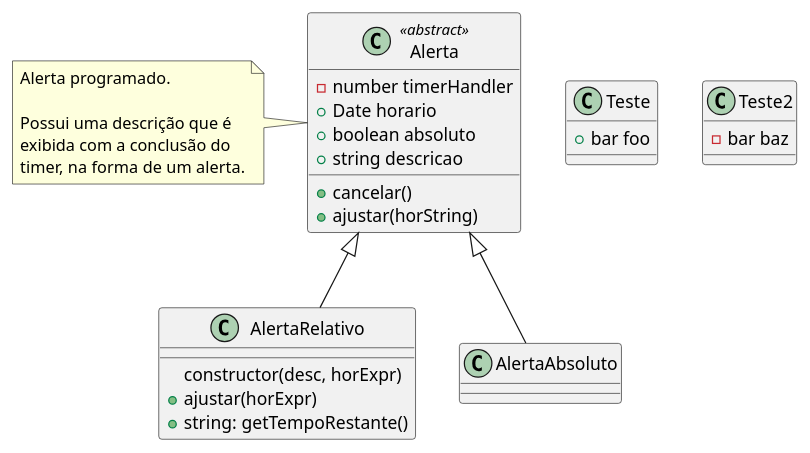
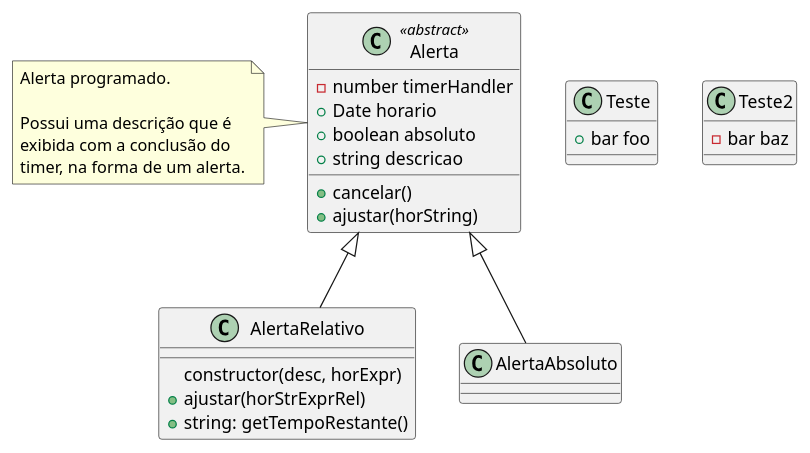
The diagram in classes.puml (ruipimentel/plantuml-demo), drawn with PlantUML before and after one commit.

Commit message:
Renomeia horExpr → horStrExprRel

```diff
--- a/classes.puml
+++ b/classes.puml
@@ -1,32 +1,32 @@
 @startuml "Classes"
 
 top to bottom direction
 
 class Teste {
   + bar foo
 }
 
 class Alerta <<abstract>> {
   - number timerHandler
   + Date horario
   + boolean absoluto
   + string descricao
   + cancelar()
   + ajustar(horString)
 }
 note left of Alerta : Alerta programado.\n\nPossui uma descrição que é\nexibida com a conclusão do\ntimer, na forma de um alerta.
 
 class AlertaRelativo {
   constructor(desc, horExpr)
-  + ajustar(horExpr)
+  + ajustar(horStrExprRel)
   + string: getTempoRestante()
 }
 
 class Teste2 {
   - bar baz
 }
 
 Alerta <|-- AlertaRelativo
 Alerta <|-- AlertaAbsoluto
 
 @enduml
```
